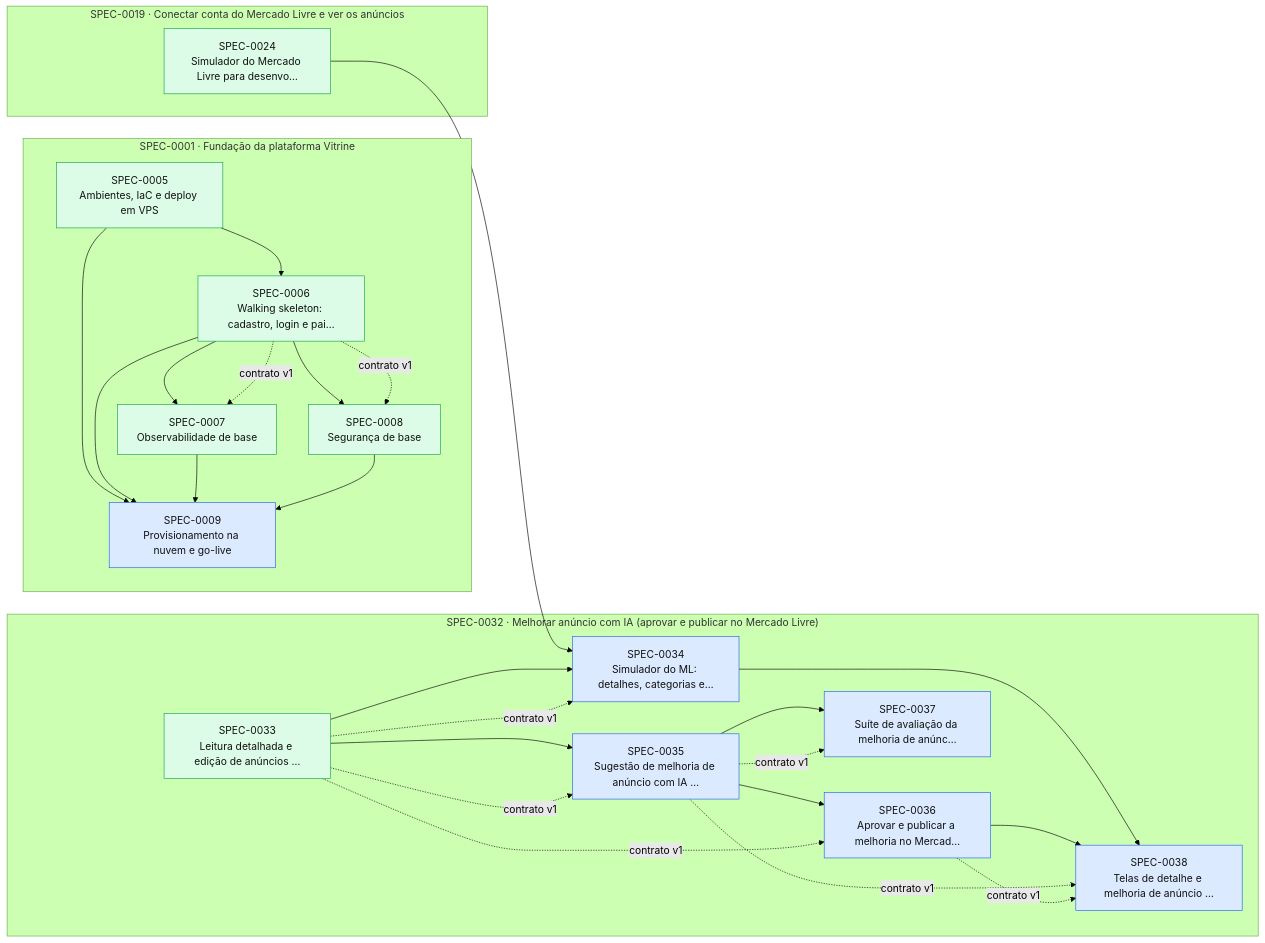
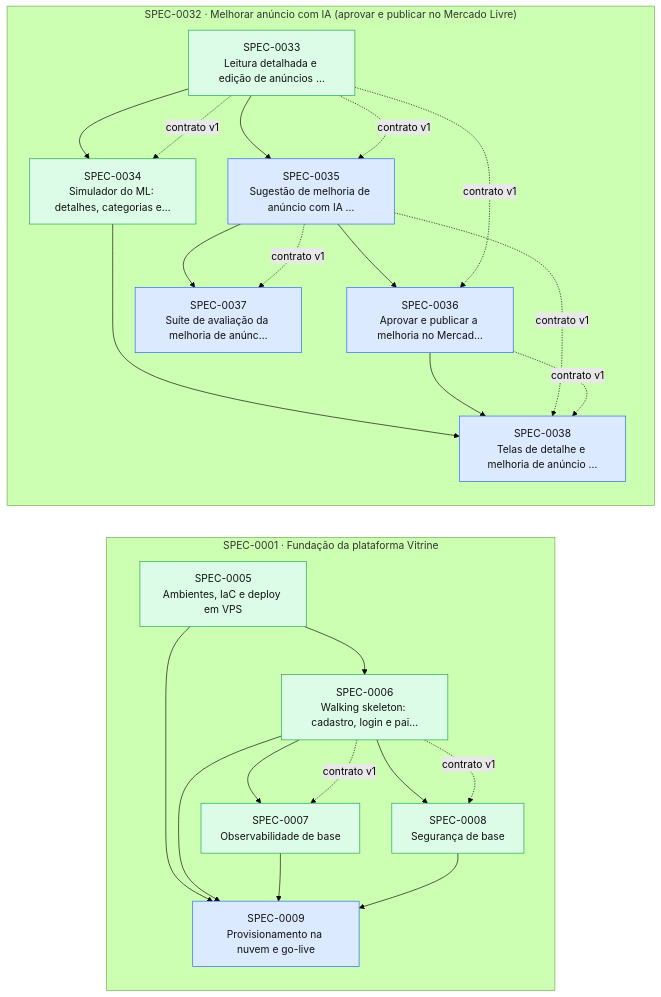
Before and after one commit to thomasravache/vitrine: the diagram in docs/specs/INDEX.md, drawn with Mermaid (forest theme). The commit also changed other lines of this file and 1 other file, not shown here.

First line of the commit message:
docs(specs): SPEC-0034 implementada (G7)

````diff
--- a/docs/specs/INDEX.md
+++ b/docs/specs/INDEX.md
@@ -65,48 +64,44 @@
 ```mermaid
 flowchart LR
   subgraph E0001["SPEC-0001 · Fundação da plataforma Vitrine"]
     S0005["SPEC-0005<br/>Ambientes, IaC e deploy em VPS"]:::implemented
     S0006["SPEC-0006<br/>Walking skeleton: cadastro, login e pai…"]:::implemented
     S0007["SPEC-0007<br/>Observabilidade de base"]:::implemented
     S0008["SPEC-0008<br/>Segurança de base"]:::implemented
     S0009["SPEC-0009<br/>Provisionamento na nuvem e go-live"]:::approved
   end
-  subgraph E0019["SPEC-0019 · Conectar conta do Mercado Livre e ver os anúncios"]
-    S0024["SPEC-0024<br/>Simulador do Mercado Livre para desenvo…"]:::implemented
-  end
   subgraph E0032["SPEC-0032 · Melhorar anúncio com IA (aprovar e publicar no Mercado Livre)"]
     S0033["SPEC-0033<br/>Leitura detalhada e edição de anúncios …"]:::implemented
-    S0034["SPEC-0034<br/>Simulador do ML: detalhes, categorias e…"]:::approved
+    S0034["SPEC-0034<br/>Simulador do ML: detalhes, categorias e…"]:::implemented
     S0035["SPEC-0035<br/>Sugestão de melhoria de anúncio com IA …"]:::approved
     S0036["SPEC-0036<br/>Aprovar e publicar a melhoria no Mercad…"]:::approved
     S0037["SPEC-0037<br/>Suíte de avaliação da melhoria de anúnc…"]:::approved
     S0038["SPEC-0038<br/>Telas de detalhe e melhoria de anúncio …"]:::approved
   end
   S0005 --> S0006
   S0006 --> S0007
   S0006 -. contrato v1 .-> S0007
   S0006 --> S0008
   S0006 -. contrato v1 .-> S0008
   S0005 --> S0009
   S0006 --> S0009
   S0007 --> S0009
   S0008 --> S0009
-  S0024 --> S0034
   S0033 --> S0034
   S0033 -. contrato v1 .-> S0034
   S0033 --> S0035
   S0033 -. contrato v1 .-> S0035
   S0035 --> S0036
   S0033 -. contrato v1 .-> S0036
   S0035 --> S0037
   S0035 -. contrato v1 .-> S0037
   S0034 --> S0038
   S0036 --> S0038
   S0035 -. contrato v1 .-> S0038
   S0036 -. contrato v1 .-> S0038
   classDef proposed fill:#fef3c7,stroke:#d97706,color:#111
   classDef approved fill:#dbeafe,stroke:#2563eb,color:#111
   classDef inprogress fill:#ede9fe,stroke:#7c3aed,color:#111
   classDef implemented fill:#dcfce7,stroke:#16a34a,color:#111
   classDef deprecated fill:#f3f4f6,stroke:#9ca3af,color:#6b7280
 ```
````
